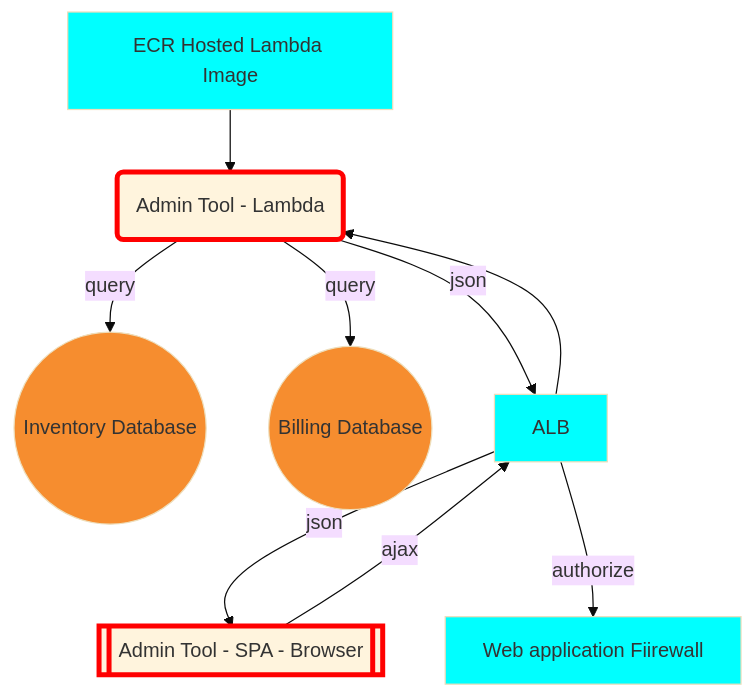
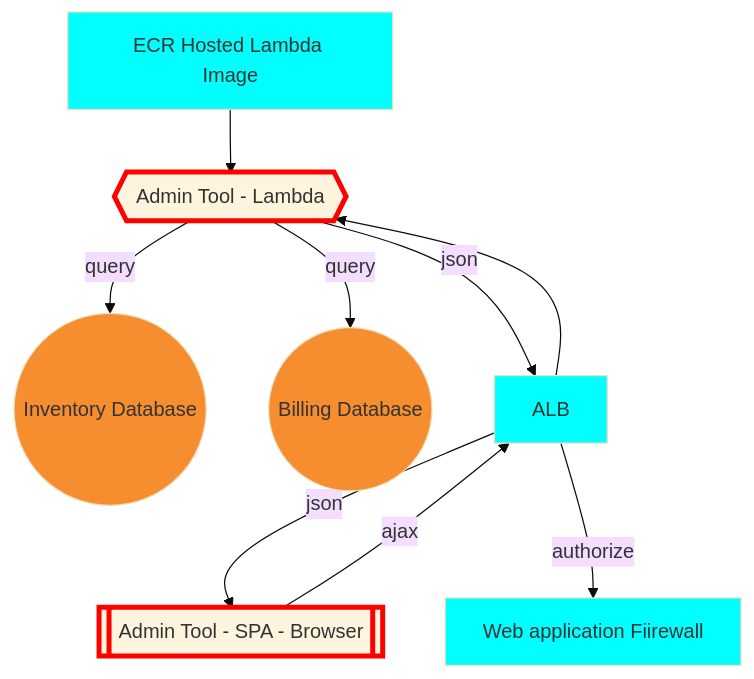
The diagram in diagrams/admin-lambda.mmd (CDLUC3/mrt-doc), drawn with Mermaid before and after one commit. The commit also changed 5 other files, not shown here.

```diff
--- a/diagrams/admin-lambda.mmd
+++ b/diagrams/admin-lambda.mmd
@@ -1,25 +1,25 @@
 %%{init: {'theme': 'base'}}%%
 graph TD
   RDSINV((Inventory Database))
   RDSBILL((Billing Database))
-  ADMIN(Admin Tool - Lambda)
+  ADMIN{{Admin Tool - Lambda}}
   ADMINWEB[[Admin Tool - SPA - Browser]]
   WAF[Web application Fiirewall]
   ECR[ECR Hosted Lambda Image]
 
   ADMIN --> |query| RDSBILL
   ADMIN --> |query| RDSINV
   ALB --> ADMIN
   ADMIN --> |json| ALB
   ADMINWEB --> |ajax| ALB
   ALB --> |json| ADMINWEB
   ALB --> |authorize| WAF
   ECR --> ADMIN
 
   style RDSINV fill:#F68D2F
   style RDSBILL fill:#F68D2F
   style ADMIN stroke:red,stroke-width:4px
   style ADMINWEB stroke:red,stroke-width:4px
   style ALB fill:cyan
   style WAF fill:cyan
   style ECR fill:cyan
```
